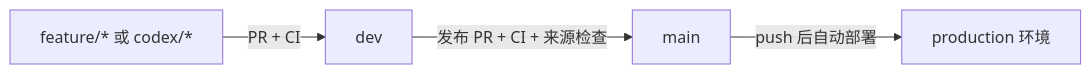
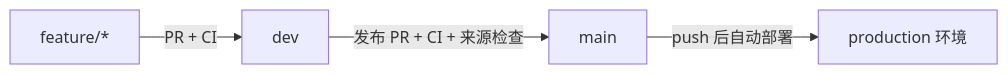
One commit to xumingw/devops_ibooking changed the diagram in docs/deployment/github-actions.md. Above: the diagram before and after it, drawn with Mermaid. The commit also changed other lines of this file and 6 other files, not shown here.

````diff
--- a/docs/deployment/github-actions.md
+++ b/docs/deployment/github-actions.md
@@ -5,6 +5,6 @@
 ```mermaid
 flowchart LR
-  feature["feature/* 或 codex/*"] -->|"PR + CI"| dev
+  feature["feature/*"] -->|"PR + CI"| dev
   dev -->|"发布 PR + CI + 来源检查"| main
   main -->|"push 后自动部署"| production["production 环境"]
 ```
````
